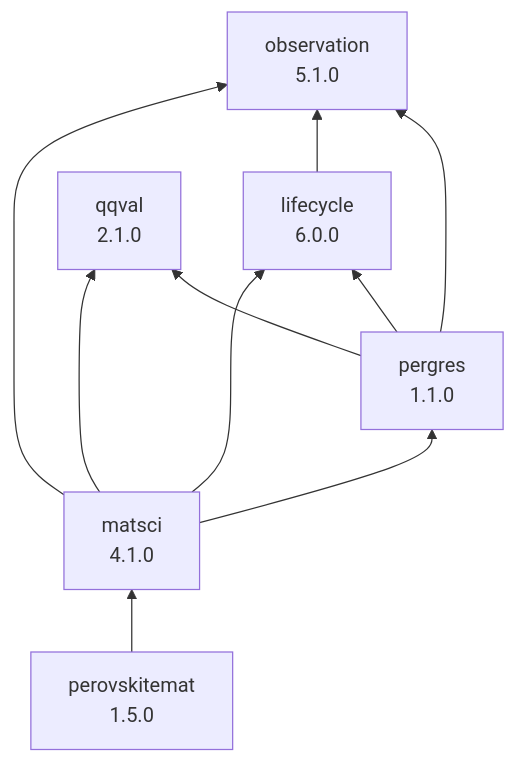
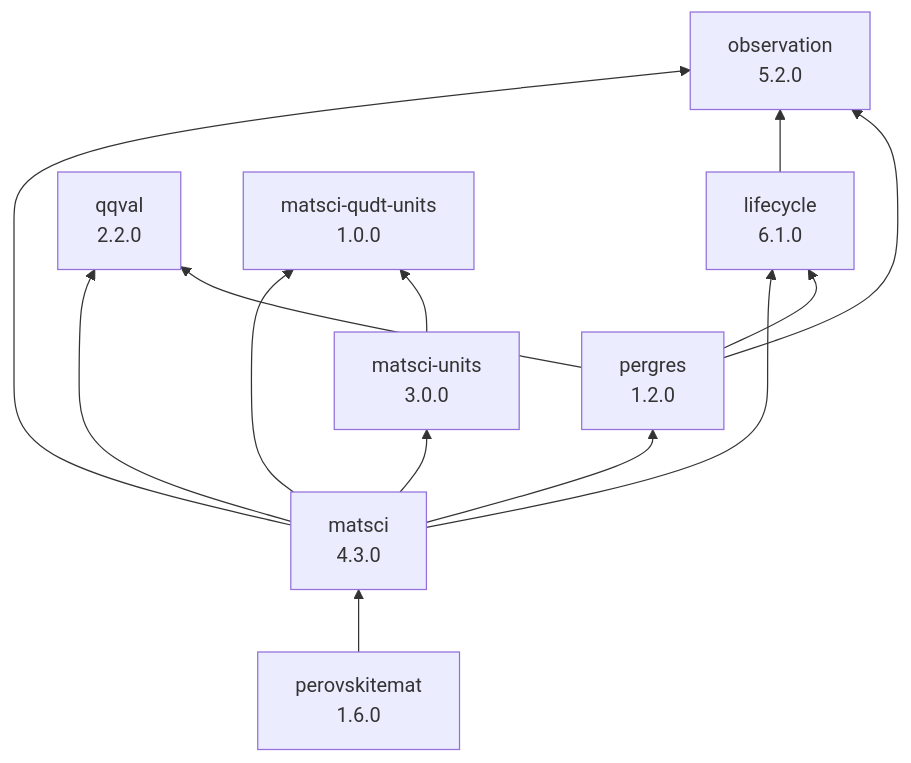
The diagram in README.md (NAS-Lund/matsci-perovskite-ontologies), drawn with Mermaid before and after one commit. The commit also changed other lines of this file and 11 other files, not shown here.

````diff
--- a/README.md
+++ b/README.md
@@ -14,19 +14,24 @@
 ```mermaid
 graph BT
-    perov["perovskitemat<br/>1.5.0"]
-    matsci["matsci<br/>4.1.0"]
-    pergres["pergres<br/>1.1.0"]
-    life["lifecycle<br/>6.0.0"]
-    obs["observation<br/>5.1.0"]
-    qqval["qqval<br/>2.1.0"]
+    perov["perovskitemat<br/>1.6.0"]
+    matsci["matsci<br/>4.3.0"]
+    pergres["pergres<br/>1.2.0"]
+    life["lifecycle<br/>6.1.0"]
+    obs["observation<br/>5.2.0"]
+    qqval["qqval<br/>2.2.0"]
+    units["matsci-units<br/>3.0.0"]
+    qudtunits["matsci-qudt-units<br/>1.0.0"]
 
     perov --> matsci
     matsci --> life
     matsci --> obs
     matsci --> qqval
     matsci --> pergres
+    matsci --> units
+    matsci --> qudtunits
+    units --> qudtunits
     life --> obs
     pergres --> qqval
     pergres --> obs
     pergres --> life
 ```
````
